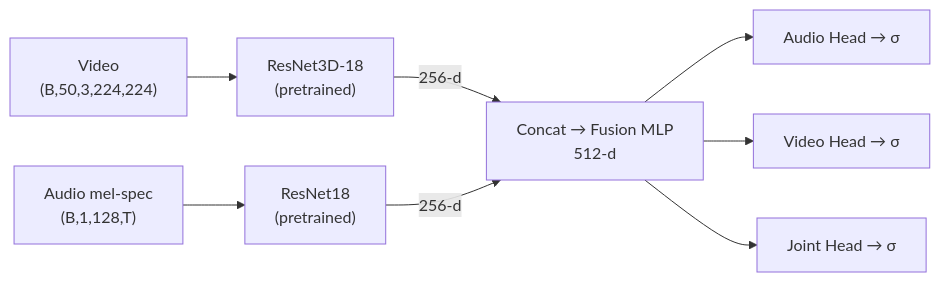
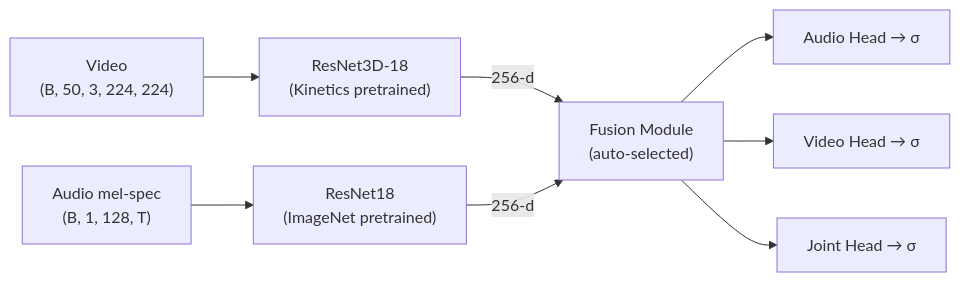
The second of 2 diagrams in README.md (Jasmipreethi/Deepfake), drawn with Mermaid before and after one commit. The commit also changed other lines of this file and 3 other files, not shown here.

Commit message:
Added transformer architecture for GPU.

````diff
--- a/README.md
+++ b/README.md
@@ -18,10 +49,10 @@
 ```mermaid
 flowchart LR
-    V["Video\n(B,50,3,224,224)"] --> VE["ResNet3D-18\n(pretrained)"]
-    A["Audio mel-spec\n(B,1,128,T)"] --> AE["ResNet18\n(pretrained)"]
-    VE --> |"256-d"| CAT["Concat → Fusion MLP\n512-d"]
-    AE --> |"256-d"| CAT
-    CAT --> AH["Audio Head → σ"]
-    CAT --> VH["Video Head → σ"]
-    CAT --> JH["Joint Head → σ"]
+    V["Video\n(B, 50, 3, 224, 224)"] --> VE["ResNet3D-18\n(Kinetics pretrained)"]
+    A["Audio mel-spec\n(B, 1, 128, T)"] --> AE["ResNet18\n(ImageNet pretrained)"]
+    VE --> |"256-d"| FUS
+    AE --> |"256-d"| FUS
+    FUS["Fusion Module\n(auto-selected)"] --> AH["Audio Head → σ"]
+    FUS --> VH["Video Head → σ"]
+    FUS --> JH["Joint Head → σ"]
 ```
````
